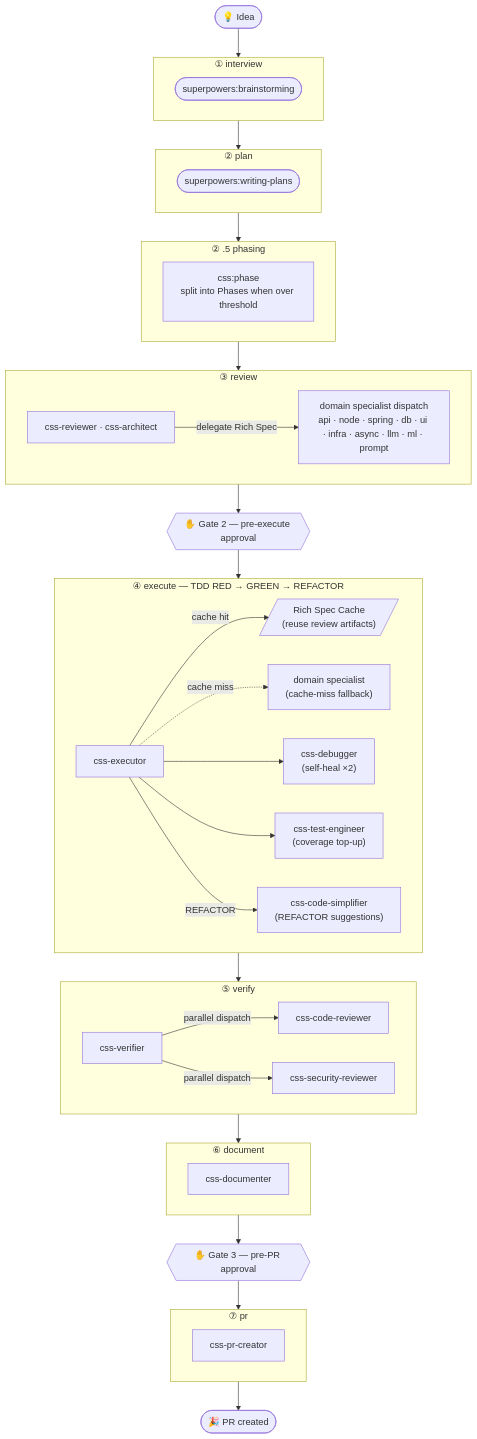
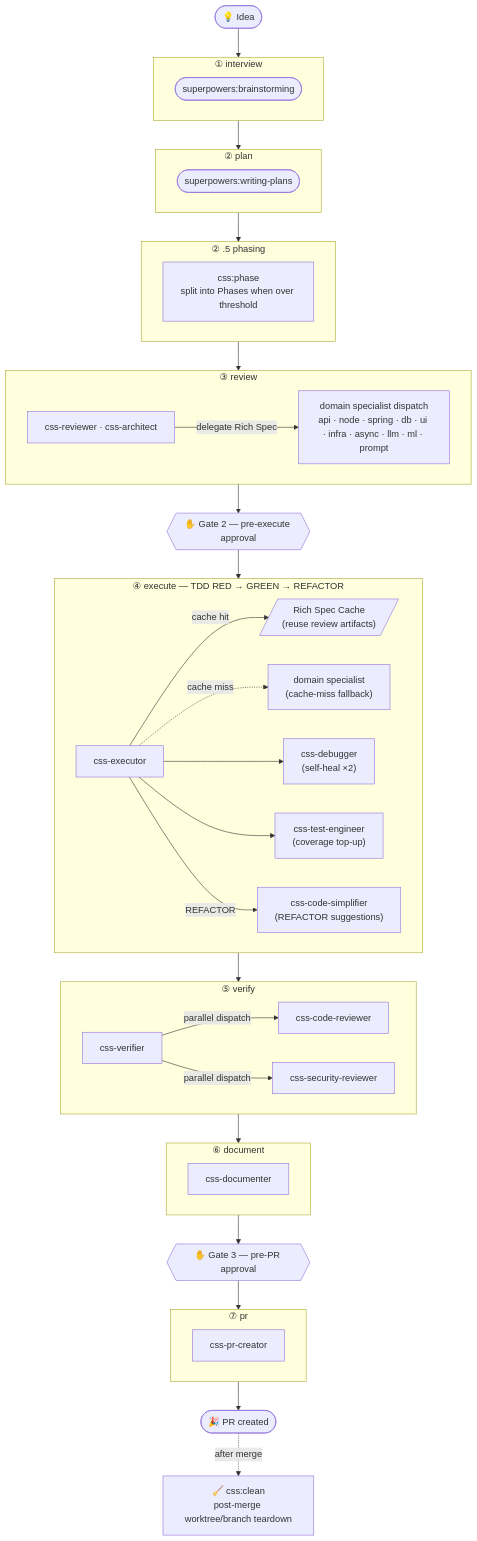
The diagram in README.en.md (songsub-cha/css-claude), drawn with Mermaid before and after one commit. The commit also changed other lines of this file and 3 other files, not shown here.

First line of the commit message:
docs(readme): document the /css:clean post-merge stage

````diff
--- a/README.en.md
+++ b/README.en.md
@@ -23,60 +24,62 @@
 ```mermaid
 flowchart TD
     START([💡 Idea])
 
     subgraph S1["① interview"]
         I1(["superpowers:brainstorming"])
     end
 
     subgraph S2["② plan"]
         P1(["superpowers:writing-plans"])
     end
 
     subgraph S25["② .5 phasing"]
         PH1["css:phase\nsplit into Phases when over threshold"]
     end
 
     subgraph S3["③ review"]
         R1["css-reviewer · css-architect"]
         R2["domain specialist dispatch\napi · node · spring · db · ui · infra · async · llm · ml · prompt"]
         R1 -->|delegate Rich Spec| R2
     end
 
     GATE2{{"✋ Gate 2 — pre-execute approval"}}
 
     subgraph S4["④ execute — TDD RED → GREEN → REFACTOR"]
         E1["css-executor"]
         E2[/"Rich Spec Cache\n(reuse review artifacts)"/]
         E3["domain specialist\n(cache-miss fallback)"]
         E4["css-debugger\n(self-heal ×2)"]
         E5["css-test-engineer\n(coverage top-up)"]
         E6["css-code-simplifier\n(REFACTOR suggestions)"]
         E1 -->|cache hit| E2
         E1 -.->|cache miss| E3
         E1 --> E4
         E1 --> E5
         E1 -->|REFACTOR| E6
     end
 
     subgraph S5["⑤ verify"]
         V1["css-verifier"]
         V2["css-code-reviewer"]
         V3["css-security-reviewer"]
         V1 -->|parallel dispatch| V2
         V1 -->|parallel dispatch| V3
     end
 
     subgraph S6["⑥ document"]
         D1["css-documenter"]
     end
 
     GATE3{{"✋ Gate 3 — pre-PR approval"}}
 
     subgraph S7["⑦ pr"]
         PR1["css-pr-creator"]
     end
 
     END([🎉 PR created])
+    CLEAN["🧹 css:clean\npost-merge worktree/branch teardown"]
 
     START --> S1 --> S2 --> S25 --> S3 --> GATE2 --> S4 --> S5 --> S6 --> GATE3 --> S7 --> END
+    END -.->|after merge| CLEAN
 ```
````
